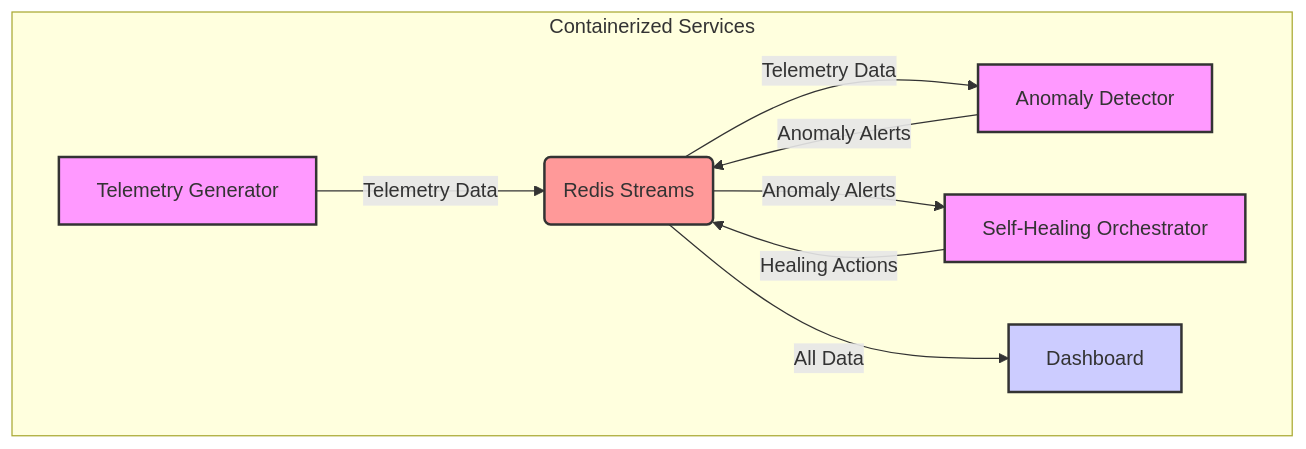
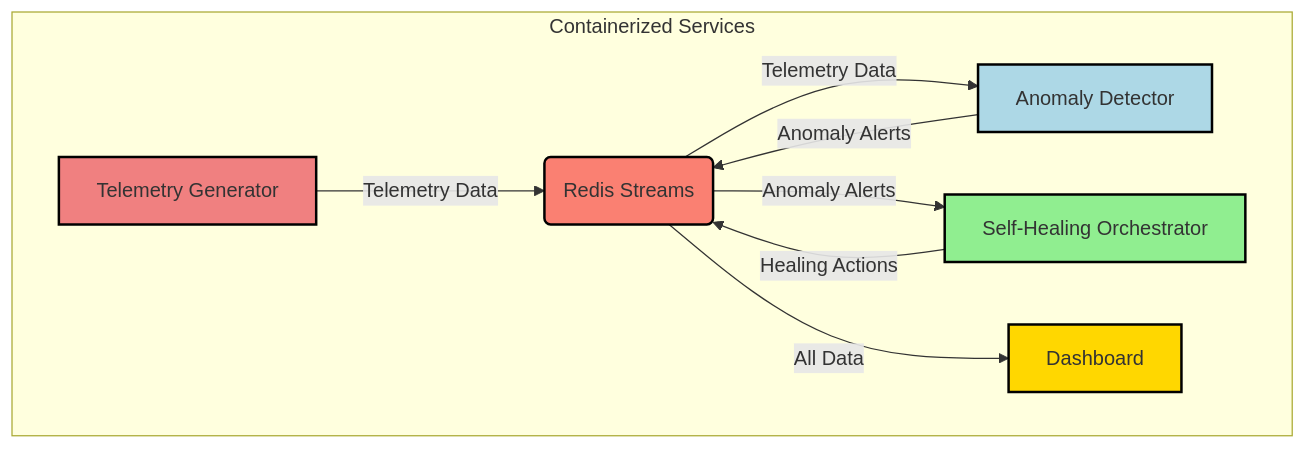
The diagram in README.md (iamvibhorsingh/Self-Healing-POC-for-Distributed-Systems), drawn with Mermaid before and after one commit.

Commit message:
change color scheme of graph
for better readability on github

````diff
--- a/README.md
+++ b/README.md
@@ -19,17 +19,17 @@
 ```mermaid
 graph TD
     subgraph "Containerized Services"
         A[Telemetry Generator] -->|Telemetry Data| R(Redis Streams)
         R -->|Telemetry Data| B[Anomaly Detector]
         B -->|Anomaly Alerts| R
         R -->|Anomaly Alerts| C[Self-Healing Orchestrator]
         C -->|Healing Actions| R
         R -->|All Data| D[Dashboard]
     end
 
-    style A fill:#f9f,stroke:#333,stroke-width:2px
-    style B fill:#f9f,stroke:#333,stroke-width:2px
-    style C fill:#f9f,stroke:#333,stroke-width:2px
-    style D fill:#ccf,stroke:#333,stroke-width:2px
-    style R fill:#f99,stroke:#333,stroke-width:2px
+    style A fill:lightcoral,stroke:#000,stroke-width:2px
+    style B fill:lightblue,stroke:#000,stroke-width:2px
+    style C fill:lightgreen,stroke:#000,stroke-width:2px
+    style D fill:gold,stroke:#000,stroke-width:2px
+    style R fill:salmon,stroke:#000,stroke-width:2px
 ```
````
